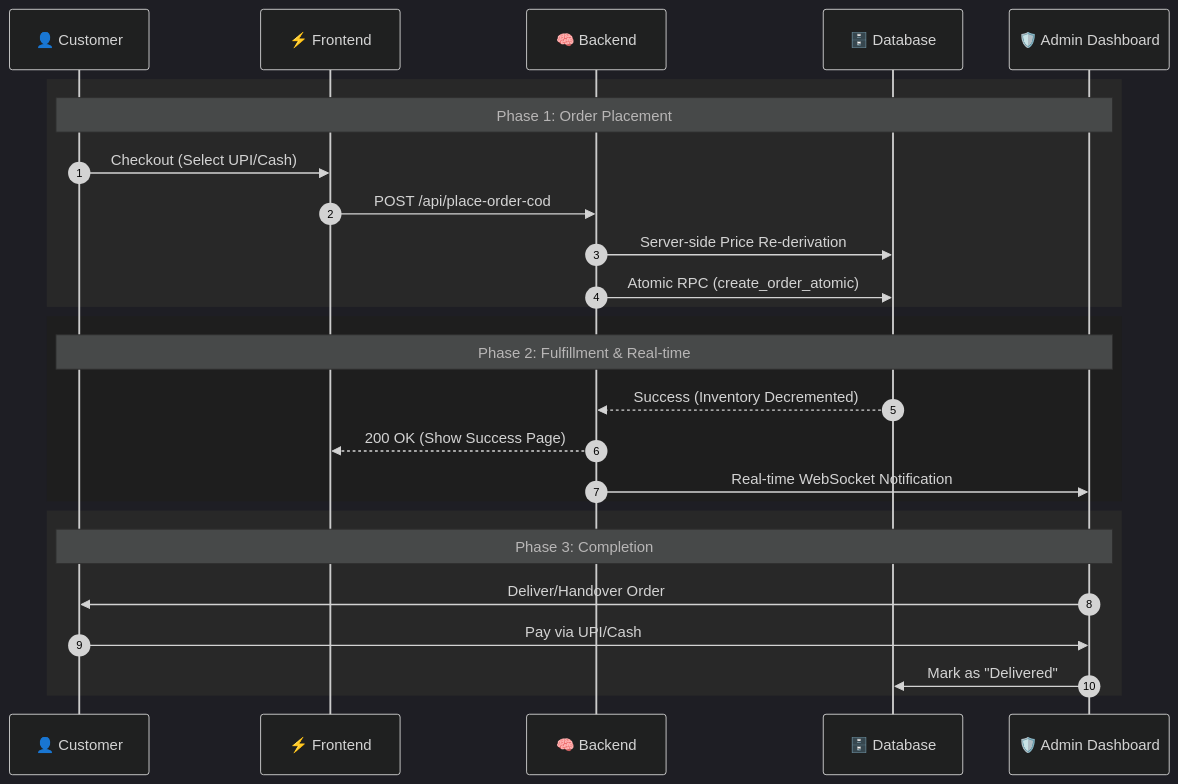
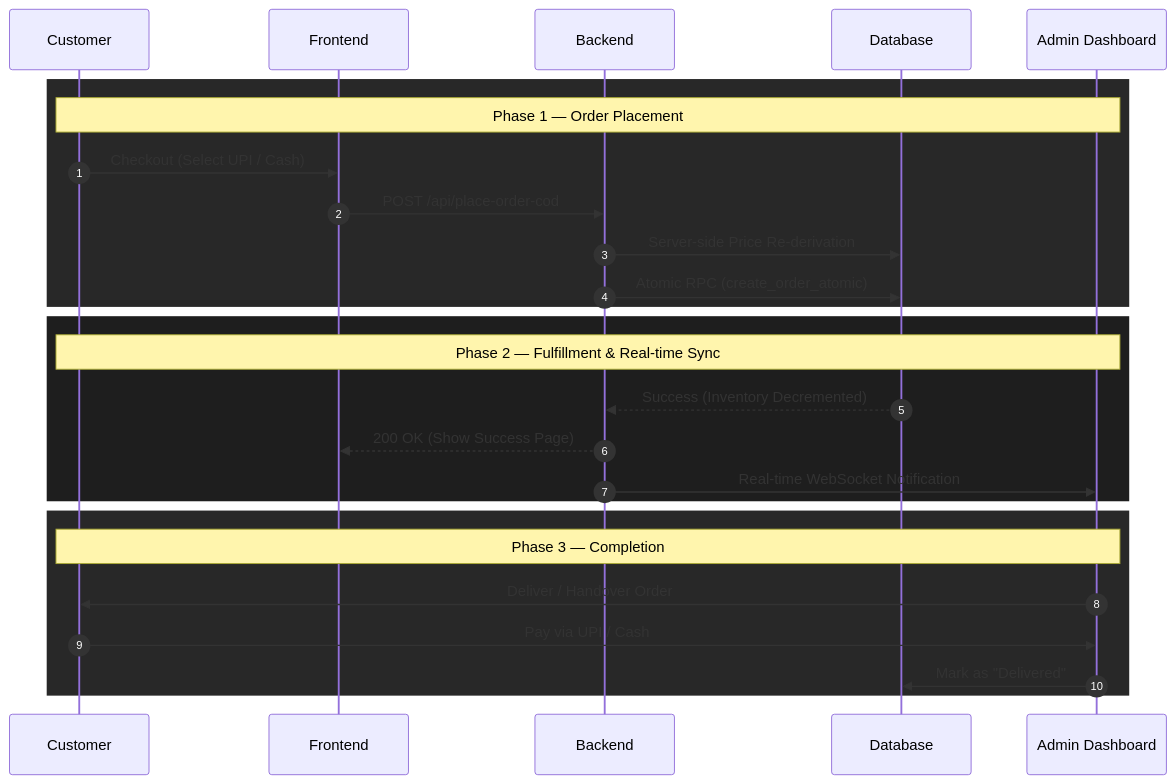
Before and after one commit to kiran-8287/nescafe-iitpkd: the third of 6 diagrams in README.md, drawn with Mermaid. The commit also changed other lines of this file, not shown here.

Commit message:
docs: update README with refined architecture, workflow documentation, and formatted technical diagrams

````diff
--- a/README.md
+++ b/README.md
@@ -89,32 +99,31 @@
 ```mermaid
-%%{init: { 'theme': 'dark', 'themeVariables': { 'primaryColor': '#D4AF37', 'secondaryColor': '#3E2723' } } }%%
 sequenceDiagram
     autonumber
-    participant U as 👤 Customer
-    participant F as ⚡ Frontend
-    participant B as 🧠 Backend
-    participant DB as 🗄️ Database
-    participant A as 🛡️ Admin Dashboard
+    participant U as Customer
+    participant F as Frontend
+    participant B as Backend
+    participant DB as Database
+    participant A as Admin Dashboard
 
     rect rgb(40, 40, 40)
-        Note over U,A: Phase 1: Order Placement
-        U->>F: Checkout (Select UPI/Cash)
+        Note over U,A: Phase 1 — Order Placement
+        U->>F: Checkout (Select UPI / Cash)
         F->>B: POST /api/place-order-cod
         B->>DB: Server-side Price Re-derivation
         B->>DB: Atomic RPC (create_order_atomic)
     end
 
     rect rgb(30, 30, 30)
-        Note over U,A: Phase 2: Fulfillment & Real-time
+        Note over U,A: Phase 2 — Fulfillment & Real-time Sync
         DB-->>B: Success (Inventory Decremented)
         B-->>F: 200 OK (Show Success Page)
         B->>A: Real-time WebSocket Notification
     end
 
     rect rgb(40, 40, 40)
-        Note over U,A: Phase 3: Completion
-        A->>U: Deliver/Handover Order
-        U->>A: Pay via UPI/Cash
+        Note over U,A: Phase 3 — Completion
+        A->>U: Deliver / Handover Order
+        U->>A: Pay via UPI / Cash
         A->>DB: Mark as "Delivered"
     end
 ```
````
